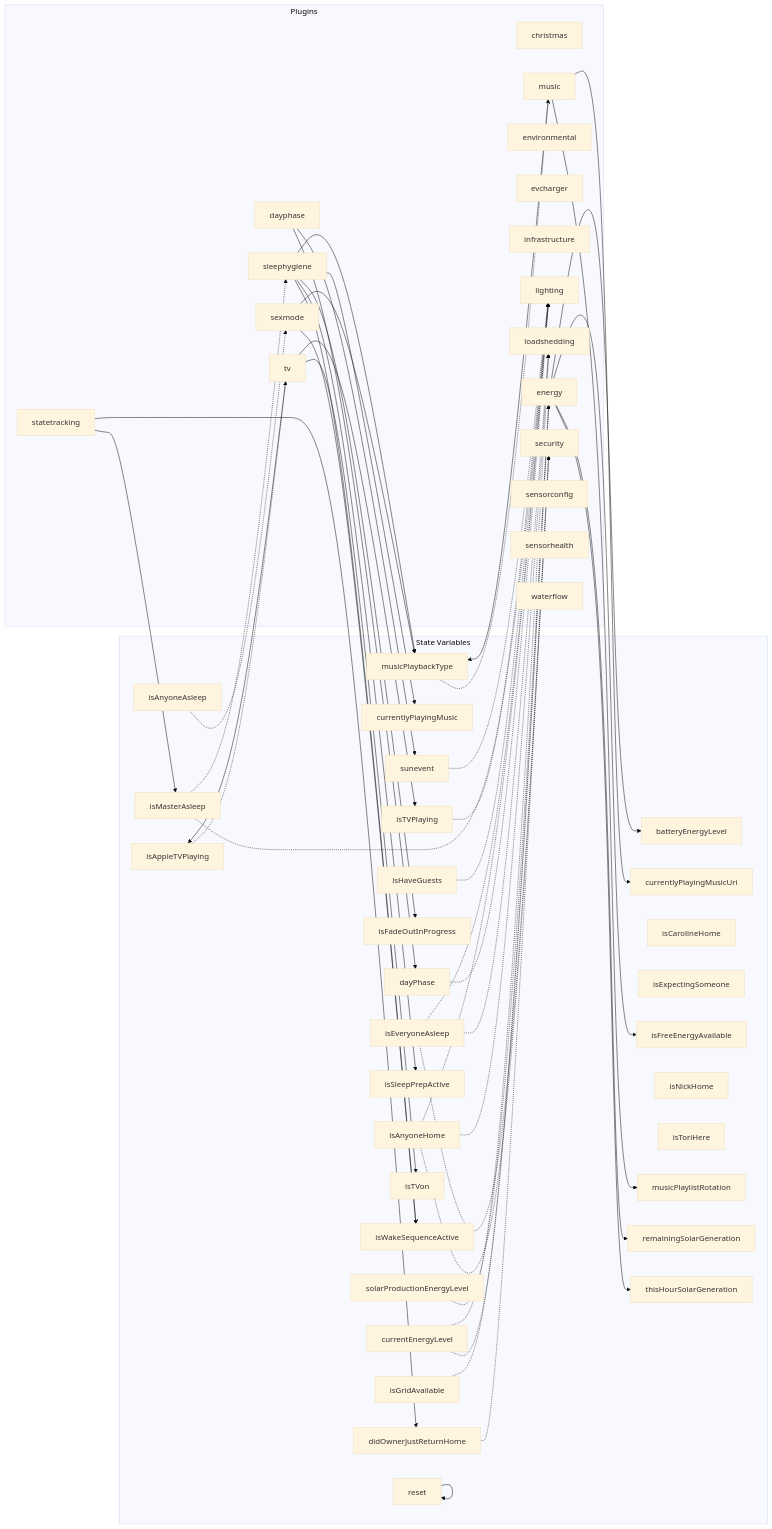
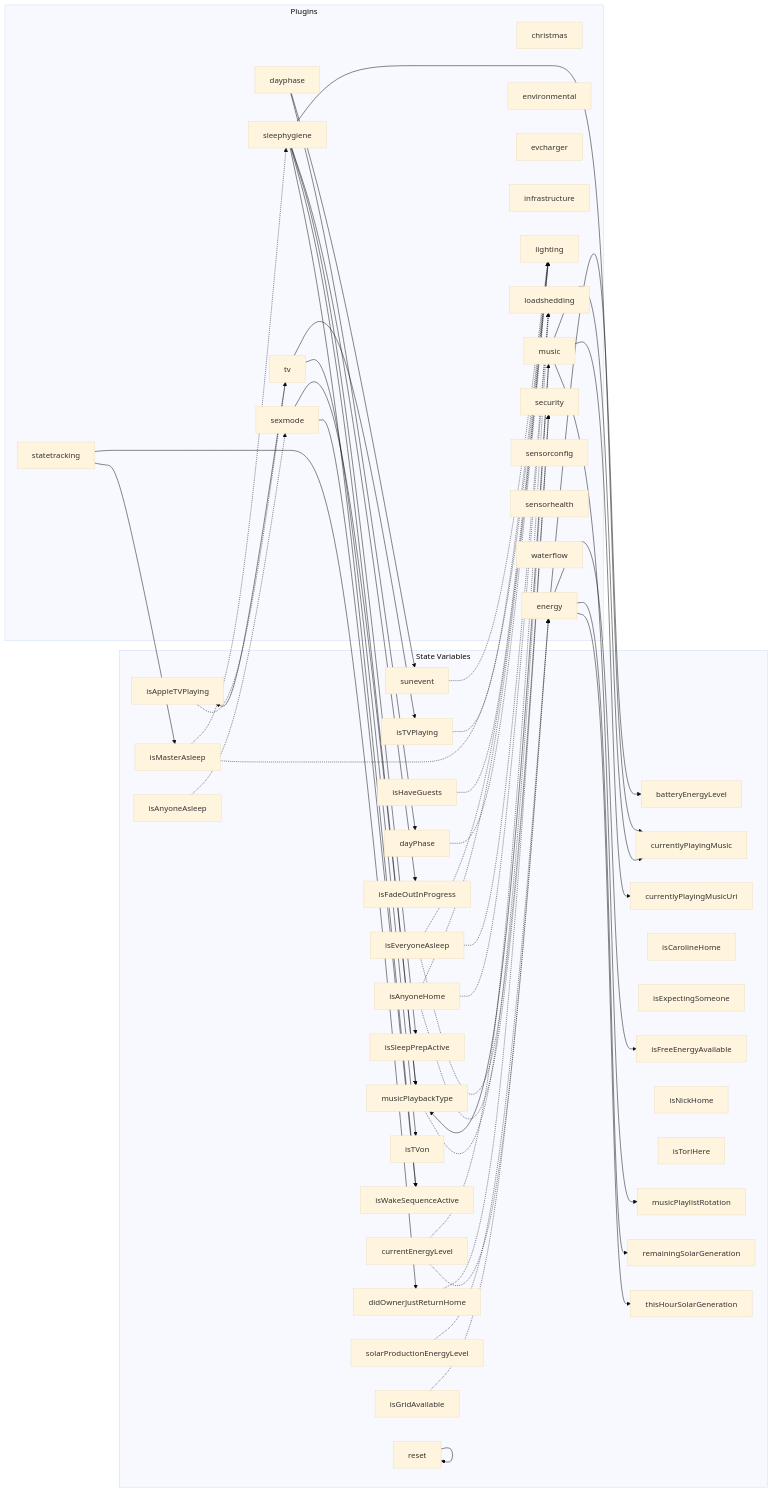
The diagram in docs/generated/plugin-dependencies.md (NickBorgers/home-automation), drawn with Mermaid (base theme) before and after one commit. The commit also changed 1 other file, not shown here.

Commit message:
docs: regenerate state variable matrix for currentlyPlayingMusic

```diff
--- a/docs/generated/plugin-dependencies.md
+++ b/docs/generated/plugin-dependencies.md
@@ -88,6 +88,7 @@
     energy --> isFreeEnergyAvailable
     energy --> remainingSolarGeneration
     energy --> thisHourSolarGeneration
+    music --> currentlyPlayingMusic
     music --> currentlyPlayingMusicUri
     music --> musicPlaybackType
     music --> musicPlaylistRotation
```
